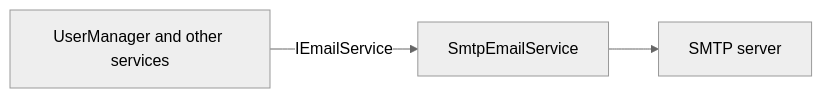
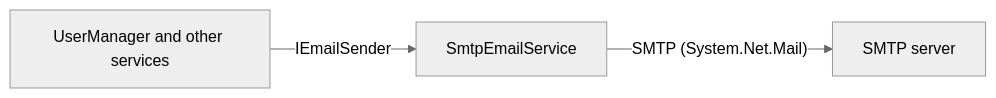
One commit to dosh1974/SysWeaver changed the diagram in Communication/SysWeaver.Email.Smtp/README.md. Above: the diagram before and after it, drawn with Mermaid (neutral theme). The commit also changed other lines of this file and 532 other files, not shown here.

````diff
--- a/Communication/SysWeaver.Email.Smtp/README.md
+++ b/Communication/SysWeaver.Email.Smtp/README.md
@@ -18,5 +18,5 @@
 ```mermaid
 flowchart LR
-  UM["UserManager and other services"] -->|IEmailService| SMTP["SmtpEmailService"]
-  SMTP --> Server["SMTP server"]
+  UM["UserManager and other services"] -->|IEmailSender| SMTP["SmtpEmailService"]
+  SMTP -->|"SMTP (System.Net.Mail)"| Server["SMTP server"]
 ```
````
